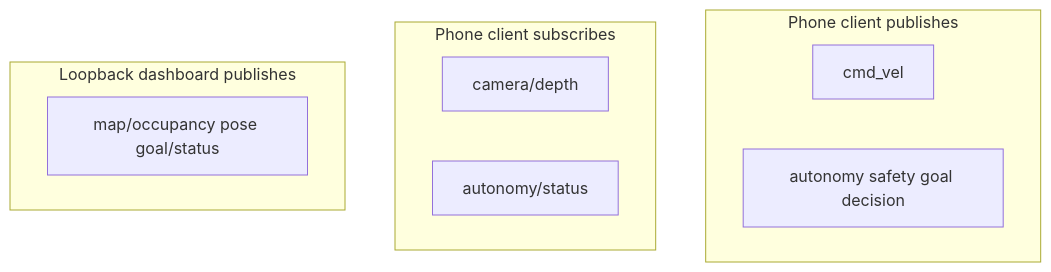
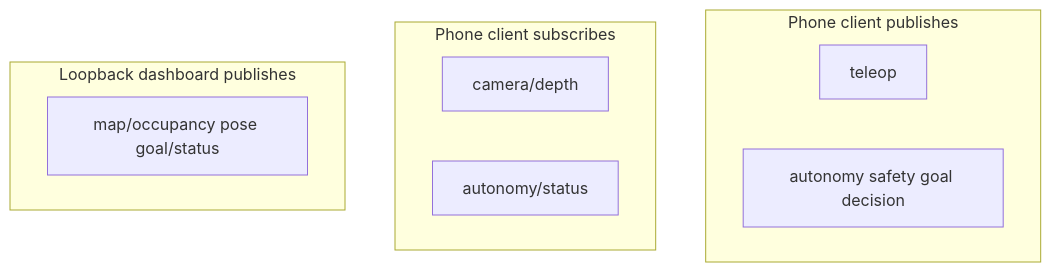
Before and after one commit to Super-Yojan/Terra: the second of 2 diagrams in docs/zenoh.md, drawn with Mermaid. The commit also changed other lines of this file and 7 other files, not shown here.

````diff
--- a/docs/zenoh.md
+++ b/docs/zenoh.md
@@ -27,14 +27,14 @@
 ```mermaid
 flowchart TB
   subgraph out [Phone client publishes]
-V[cmd_vel]
+V[teleop]
 A[autonomy safety goal decision]
   end
   subgraph inn [Phone client subscribes]
 D[camera/depth]
 S[autonomy/status]
   end
   subgraph dash [Loopback dashboard publishes]
 M[map/occupancy pose goal/status]
   end
 ```
````
